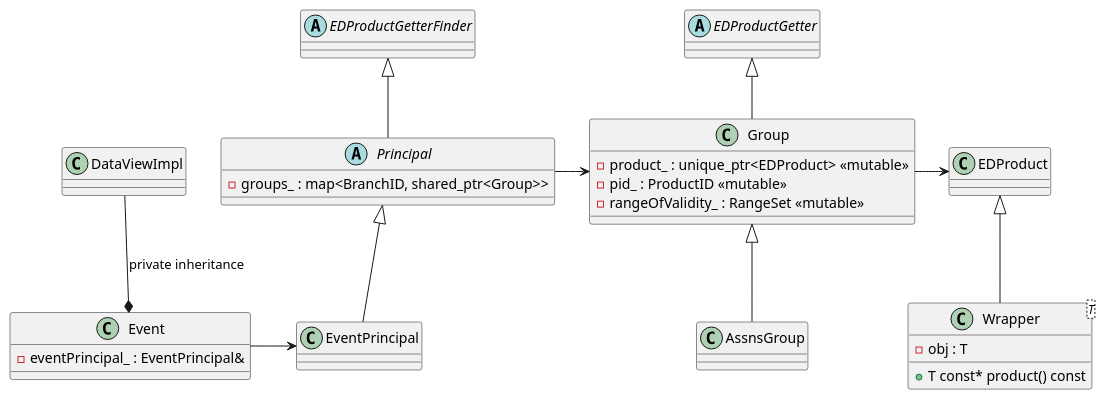
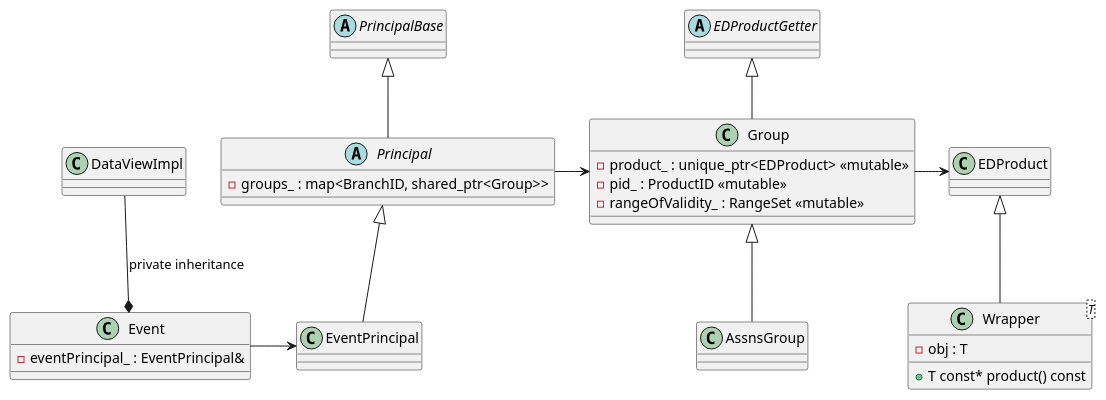
The diagram in doc/art-event.pu (art-framework-suite/art), drawn with PlantUML before and after one commit. The commit also changed 321 other files, not shown here.

```diff
--- a/doc/art-event.pu
+++ b/doc/art-event.pu
@@ -1,31 +1,31 @@
 @startuml
 DataViewImpl --* Event: private inheritance
 class Event {
   -eventPrincipal_ : EventPrincipal&
 }
 Event -> EventPrincipal
 abstract class Principal {
   - groups_ : map<BranchID, shared_ptr<Group>>
 }
 Principal <|-- EventPrincipal
-abstract class EDProductGetterFinder
-EDProductGetterFinder <|-- Principal
+abstract class PrincipalBase
+PrincipalBase <|-- Principal
 
 Principal -> Group
 abstract class EDProductGetter
 EDProductGetter <|-- Group
 Group <|-- AssnsGroup
 
 class Group {
   - product_ : unique_ptr<EDProduct> <<mutable>>
   - pid_ : ProductID <<mutable>>
   - rangeOfValidity_ : RangeSet <<mutable>>  
 }
 
 Group -> EDProduct
 class Wrapper<T>{
   -obj : T
   +T const* product() const
 }
 EDProduct <|-- Wrapper
 @enduml
```
